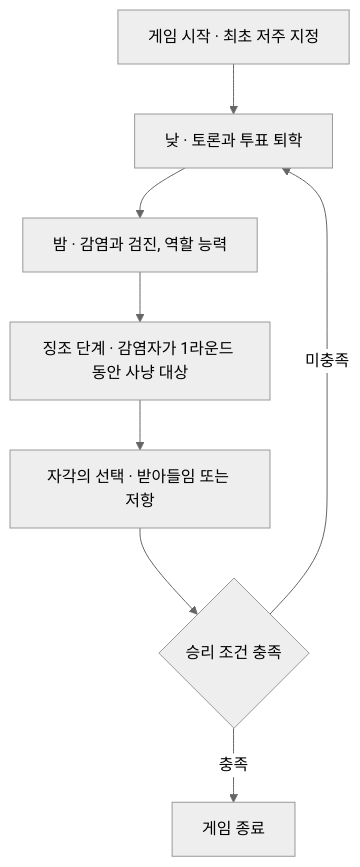
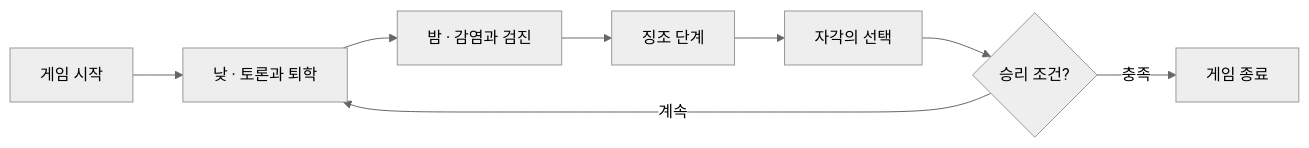
Before and after one commit to brandonnoh/mafia: the diagram in papyrus/cursed-classroom-pitch.md, drawn with Mermaid (neutral theme). The commit also changed 1 other file, not shown here.

Commit message:
fix: papyrus 피치 보고서 플로우차트를 가로형으로 교체
flowchart TD(세로형)는 papyrus에서 높이 무제한으로 렌더돼 다이어그램이
거대해지고 페이지 공백을 유발 → 게임 루프에 맞는 flowchart LR(가로형,
높이 220px 제한)로 교체해 레이아웃 정상화

````diff
--- a/papyrus/cursed-classroom-pitch.md
+++ b/papyrus/cursed-classroom-pitch.md
@@ -38,10 +38,10 @@
 ```mermaid
-flowchart TD
-    A[게임 시작 · 최초 저주 지정] --> B[낮 · 토론과 투표 퇴학]
-    B --> C[밤 · 감염과 검진, 역할 능력]
-    C --> D[징조 단계 · 감염자가 1라운드 동안 사냥 대상]
-    D --> E[자각의 선택 · 받아들임 또는 저항]
-    E --> F{승리 조건 충족}
-    F -->|미충족| B
+flowchart LR
+    A[게임 시작] --> B[낮 · 토론과 퇴학]
+    B --> C[밤 · 감염과 검진]
+    C --> D[징조 단계]
+    D --> E[자각의 선택]
+    E --> F{승리 조건?}
+    F -->|계속| B
     F -->|충족| G[게임 종료]
 ```
````
